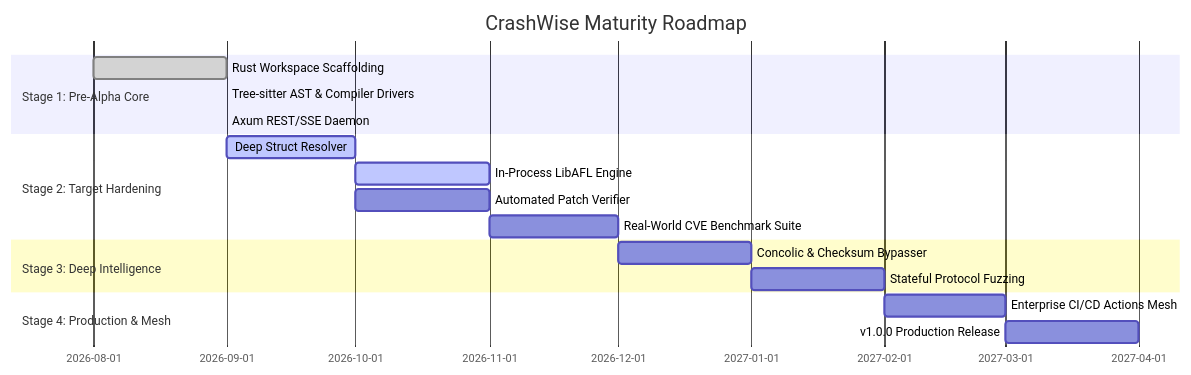
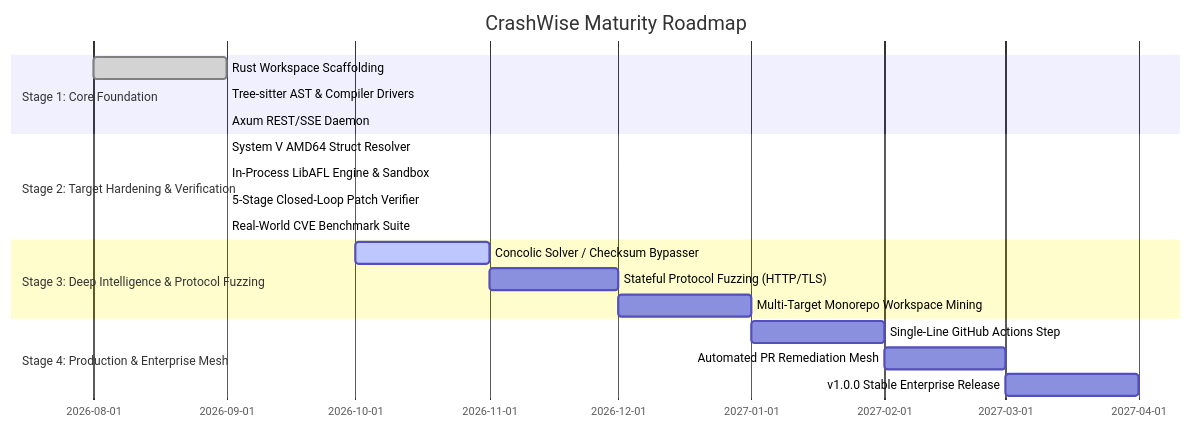
The diagram in ROADMAP.md (NadiCorporation/Crashwise), drawn with Mermaid before and after one commit. The commit also changed other lines of this file and 11 other files, not shown here.

Commit message:
docs(repo): modernize repository structure, CI/CD pipelines, issue templates, and v0.2.0-alpha release notes

````diff
--- a/ROADMAP.md
+++ b/ROADMAP.md
@@ -34,20 +24,22 @@
 ```mermaid
 gantt
     title CrashWise Maturity Roadmap
     dateFormat  YYYY-MM
-    section Stage 1: Pre-Alpha Core
+    section Stage 1: Core Foundation
     Rust Workspace Scaffolding          :done, 2026-08, 2026-09
     Tree-sitter AST & Compiler Drivers :done, 2026-09, 2026-09
     Axum REST/SSE Daemon               :done, 2026-09, 2026-09
-    section Stage 2: Target Hardening
-    Deep Struct Resolver               :active, 2026-09, 2026-10
-    In-Process LibAFL Engine           :active, 2026-10, 2026-11
-    Automated Patch Verifier           :2026-10, 2026-11
-    Real-World CVE Benchmark Suite     :2026-11, 2026-12
-    section Stage 3: Deep Intelligence
-    Concolic & Checksum Bypasser       :2026-12, 2027-01
-    Stateful Protocol Fuzzing          :2027-01, 2027-02
-    section Stage 4: Production & Mesh
-    Enterprise CI/CD Actions Mesh      :2027-02, 2027-03
-    v1.0.0 Production Release          :2027-03, 2027-04
+    section Stage 2: Target Hardening & Verification
+    System V AMD64 Struct Resolver     :done, 2026-09, 2026-09
+    In-Process LibAFL Engine & Sandbox :done, 2026-09, 2026-09
+    5-Stage Closed-Loop Patch Verifier :done, 2026-09, 2026-09
+    Real-World CVE Benchmark Suite     :done, 2026-09, 2026-09
+    section Stage 3: Deep Intelligence & Protocol Fuzzing
+    Concolic Solver / Checksum Bypasser:active, 2026-10, 2026-11
+    Stateful Protocol Fuzzing (HTTP/TLS):2026-11, 2026-12
+    Multi-Target Monorepo Workspace Mining:2026-12, 2027-01
+    section Stage 4: Production & Enterprise Mesh
+    Single-Line GitHub Actions Step    :2027-01, 2027-02
+    Automated PR Remediation Mesh      :2027-02, 2027-03
+    v1.0.0 Stable Enterprise Release   :2027-03, 2027-04
 ```
````
